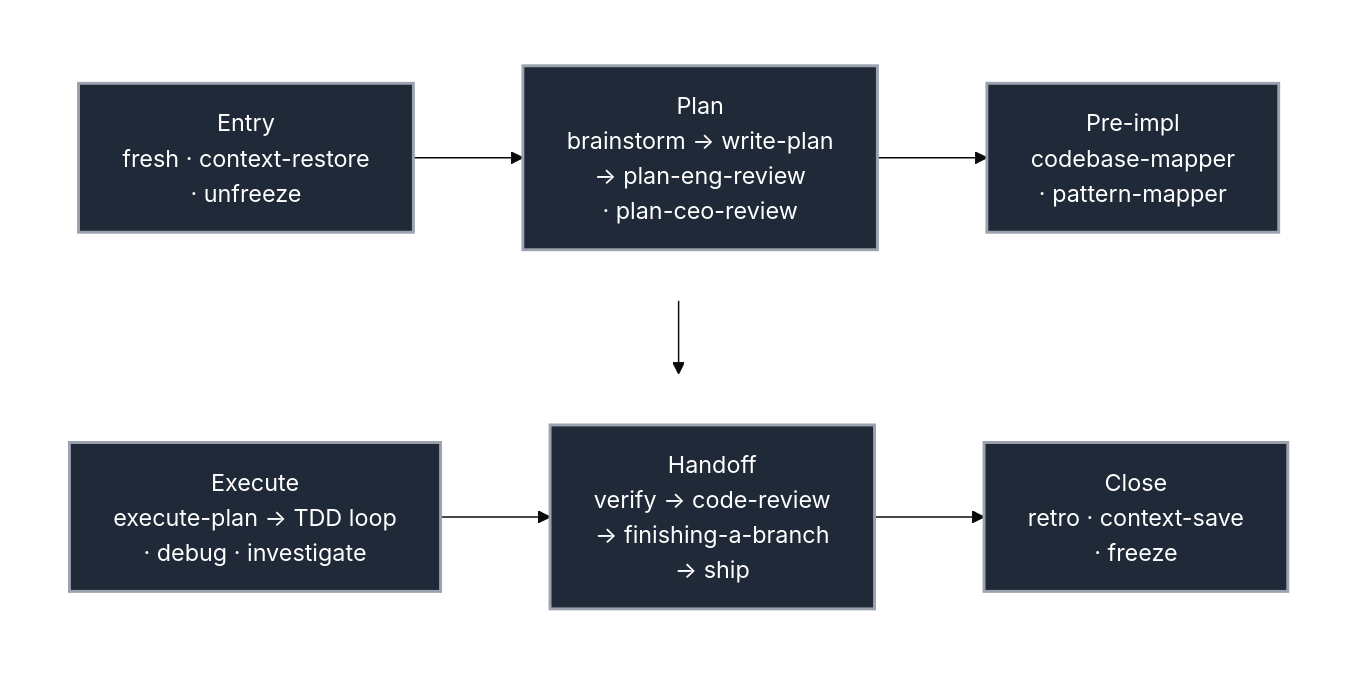
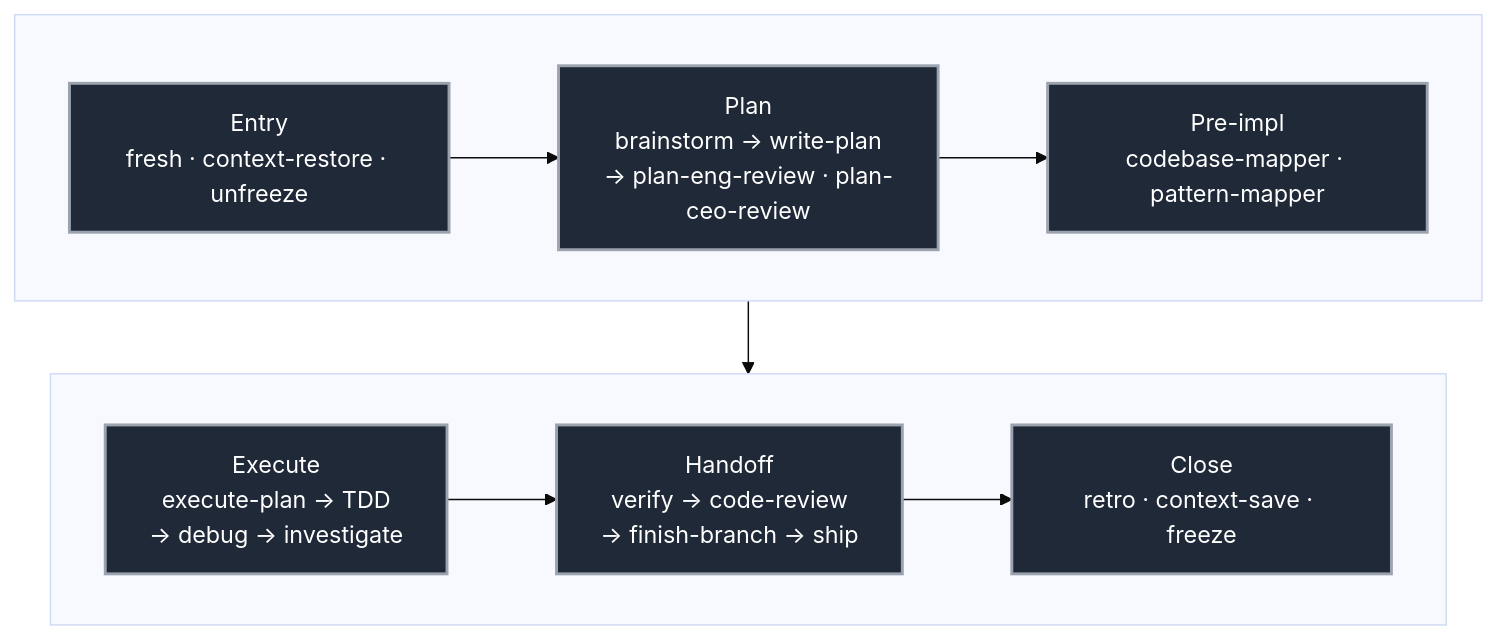
The first of 2 diagrams in README.md (kaushiksiva07/claude-code-kit), drawn with Mermaid (base theme) before and after one commit.

Commit message:
Zoomed-out viz: declare nodes outside subgraphs, drop transparent styles
Previous subgraph-with-direction version relied on transparent subgraph
frames, which some Mermaid renderers silently drop, collapsing the 3x2
grid into a single line or a vertical stack. Hoisting node declarations
above the subgraphs and dropping the transparent overrides is the
GitHub-reliable recipe: Entry/Plan/Pre-impl flow LR in row 1, Execute/
Handoff/Close flow LR in row 2, M -> X bridges them.

````diff
--- a/README.md
+++ b/README.md
@@ -36,19 +36,23 @@
 ```mermaid
 flowchart TB
     classDef phase fill:#1f2937,stroke:#9ca3af,color:#fff,stroke-width:2px
 
-    subgraph top [" "]
+    E[Entry<br/>fresh · context-restore · unfreeze]:::phase
+    P[Plan<br/>brainstorm → write-plan<br/>→ plan-eng-review · plan-ceo-review]:::phase
+    M[Pre-impl<br/>codebase-mapper · pattern-mapper]:::phase
+    X[Execute<br/>execute-plan → TDD<br/>→ debug → investigate]:::phase
+    H[Handoff<br/>verify → code-review<br/>→ finish-branch → ship]:::phase
+    C[Close<br/>retro · context-save · freeze]:::phase
+
+    subgraph row1 [" "]
         direction LR
-        E[Entry<br/>fresh · context-restore<br/>· unfreeze]:::phase --> P[Plan<br/>brainstorm → write-plan<br/>→ plan-eng-review<br/>· plan-ceo-review]:::phase --> M[Pre-impl<br/>codebase-mapper<br/>· pattern-mapper]:::phase
+        E --> P --> M
     end
 
-    subgraph bottom [" "]
+    subgraph row2 [" "]
         direction LR
-        X[Execute<br/>execute-plan → TDD loop<br/>· debug · investigate]:::phase --> H[Handoff<br/>verify → code-review<br/>→ finishing-a-branch<br/>→ ship]:::phase --> C[Close<br/>retro · context-save<br/>· freeze]:::phase
+        X --> H --> C
     end
 
     M --> X
-
-    style top fill:transparent,stroke:transparent
-    style bottom fill:transparent,stroke:transparent
 ```
````
